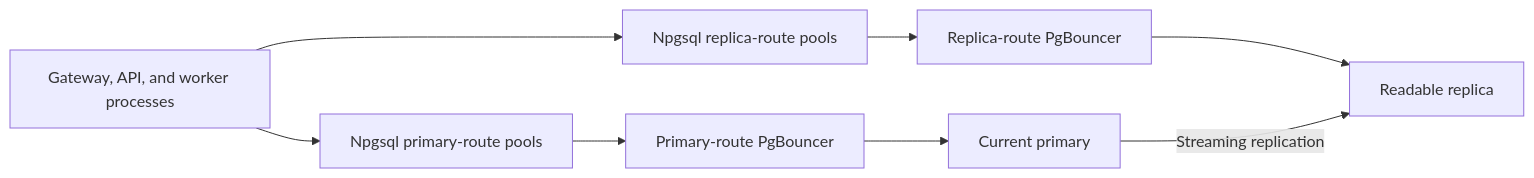
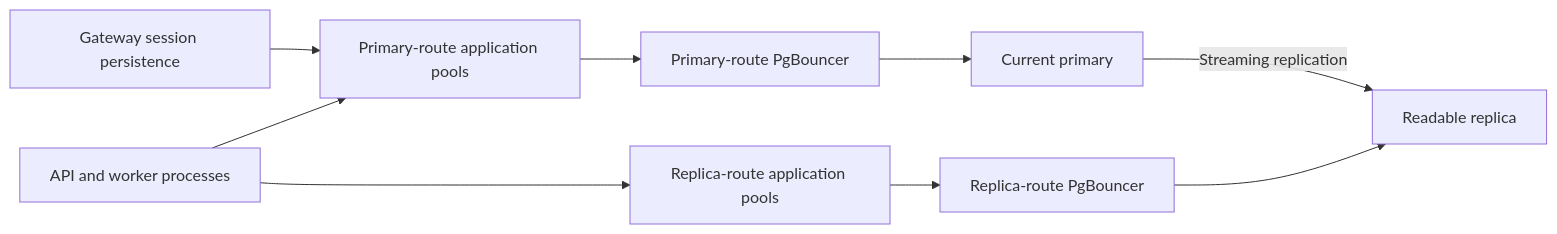
One commit to AFayziev/ev-charging-system-design-lab changed the second of 3 diagrams in docs/architecture.md. Above: the diagram before and after it, drawn with Mermaid. The commit also changed other lines of this file and 91 other files, not shown here.

First line of the commit message:
feat(aspire): bootstrap gateway and independent worker hosts

````diff
--- a/docs/architecture.md
+++ b/docs/architecture.md
@@ -205,10 +201,11 @@
 ```mermaid
 flowchart LR
-    Apps[Gateway, API, and worker processes] --> WP[Npgsql primary-route pools]
-    Apps --> RP[Npgsql replica-route pools]
+    Gateway[Gateway session persistence] --> WP[Primary-route application pools]
+    Apps[API and worker processes] --> WP
+    Apps --> RP[Replica-route application pools]
     WP --> PB[Primary-route PgBouncer]
     RP --> RB[Replica-route PgBouncer]
     PB --> P[Current primary]
     RB --> R[Readable replica]
     P -->|Streaming replication| R
 ```
````
